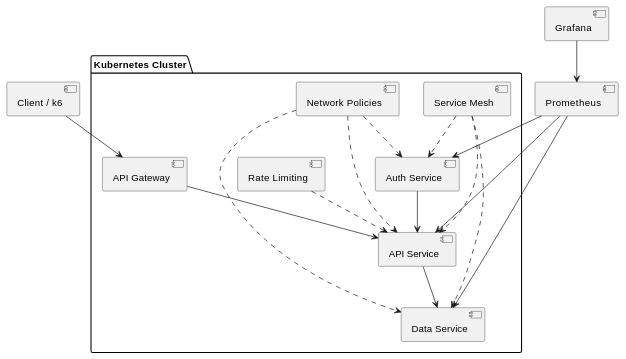
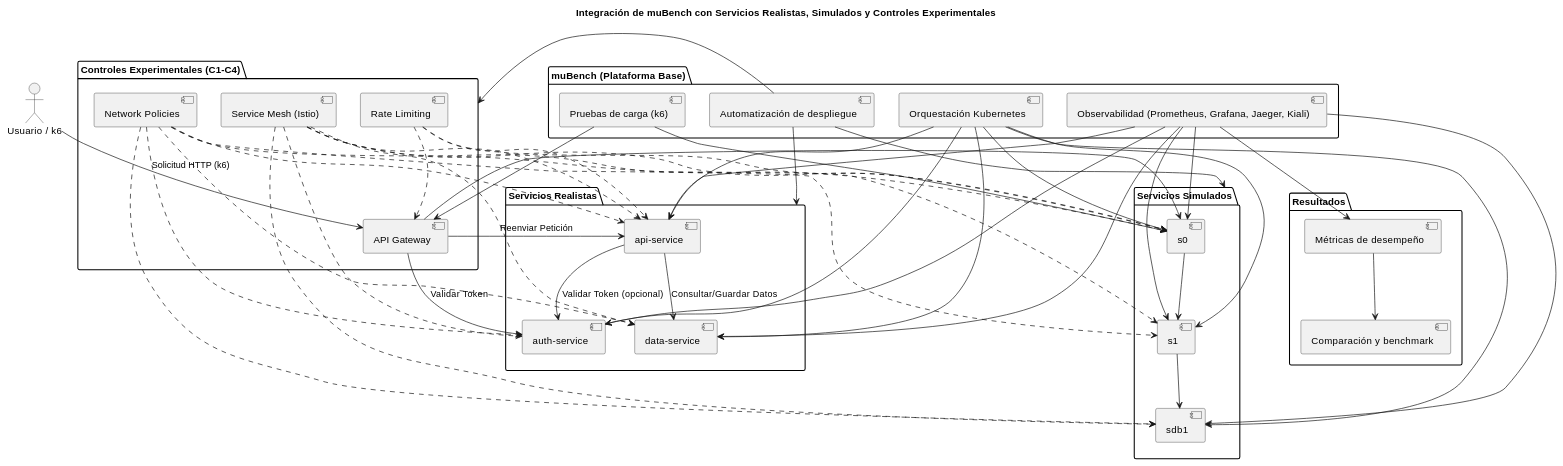
One commit to Dwan13/ProyectoGradoMSDMISC changed the second of 2 diagrams in README.md. Above: the diagram before and after it, drawn with PlantUML. The commit also changed other lines of this file and 158 other files, not shown here.

```diff
--- a/README.md
+++ b/README.md
@@ -214,28 +214,94 @@
 @startuml
-package "Kubernetes Cluster" {
+title Integración de muBench con Servicios Realistas, Simulados y Controles Experimentales
 
-  [API Gateway] --> [API Service]
-  
-  [Auth Service] --> [API Service]
-  [API Service] --> [Data Service]
+actor "Usuario / k6" as User
 
-  [Service Mesh] ..> [Auth Service]
-  [Service Mesh] ..> [API Service]
-  [Service Mesh] ..> [Data Service]
-
-  [Network Policies] ..> [Auth Service]
-  [Network Policies] ..> [API Service]
-  [Network Policies] ..> [Data Service]
-
-  [Rate Limiting] ..> [API Service]
+package "muBench (Plataforma Base)" {
+  [Orquestación Kubernetes]
+  [Automatización de despliegue]
+  [Observabilidad (Prometheus, Grafana, Jaeger, Kiali)]
+  [Pruebas de carga (k6)]
 }
 
-[Client / k6] --> [API Gateway]
+package "Controles Experimentales (C1-C4)" {
+  [API Gateway]
+  [Service Mesh (Istio)]
+  [Network Policies]
+  [Rate Limiting]
+}
 
-[Prometheus] --> [API Service]
-[Prometheus] --> [Auth Service]
-[Prometheus] --> [Data Service]
+package "Servicios Simulados" {
+  [s0]
+  [s1]
+  [sdb1]
+}
 
-[Grafana] --> [Prometheus]
+package "Servicios Realistas" {
+  [auth-service]
+  [api-service]
+  [data-service]
+}
+
+package "Resultados" {
+  [Métricas de desempeño]
+  [Comparación y benchmark]
+}
+
+' Flujo de usuario y pruebas de carga
+User --> [API Gateway] : Solicitud HTTP (k6)
+[API Gateway] --> [auth-service] : Validar Token
+[API Gateway] --> [api-service] : Reenviar Petición
+[api-service] --> [auth-service] : Validar Token (opcional)
+[api-service] --> [data-service] : Consultar/Guardar Datos
+
+' Servicios simulados (pueden ser llamados por el gateway o directamente)
+[API Gateway] --> [s0]
+[s0] --> [s1]
+[s1] --> [sdb1]
+
+' Controles experimentales aplicados
+[Service Mesh (Istio)] ..> [auth-service]
+[Service Mesh (Istio)] ..> [api-service]
+[Service Mesh (Istio)] ..> [data-service]
+[Service Mesh (Istio)] ..> [s0]
+[Service Mesh (Istio)] ..> [s1]
+[Service Mesh (Istio)] ..> [sdb1]
+
+[Rate Limiting] ..> [API Gateway]
+[Rate Limiting] ..> [api-service]
+[Rate Limiting] ..> [s0]
+
+[Network Policies] ..> [auth-service]
+[Network Policies] ..> [api-service]
+[Network Policies] ..> [data-service]
+[Network Policies] ..> [s0]
+[Network Policies] ..> [s1]
+[Network Policies] ..> [sdb1]
+
+' Orquestación y automatización
+[Orquestación Kubernetes] --> [auth-service]
+[Orquestación Kubernetes] --> [api-service]
+[Orquestación Kubernetes] --> [data-service]
+[Orquestación Kubernetes] --> [s0]
+[Orquestación Kubernetes] --> [s1]
+[Orquestación Kubernetes] --> [sdb1]
+
+[Automatización de despliegue] --> [Servicios Simulados]
+[Automatización de despliegue] --> [Servicios Realistas]
+[Automatización de despliegue] --> [Controles Experimentales (C1-C4)]
+
+' Observabilidad y resultados
+[Observabilidad (Prometheus, Grafana, Jaeger, Kiali)] --> [auth-service]
+[Observabilidad (Prometheus, Grafana, Jaeger, Kiali)] --> [api-service]
+[Observabilidad (Prometheus, Grafana, Jaeger, Kiali)] --> [data-service]
+[Observabilidad (Prometheus, Grafana, Jaeger, Kiali)] --> [s0]
+[Observabilidad (Prometheus, Grafana, Jaeger, Kiali)] --> [s1]
+[Observabilidad (Prometheus, Grafana, Jaeger, Kiali)] --> [sdb1]
+[Observabilidad (Prometheus, Grafana, Jaeger, Kiali)] --> [Métricas de desempeño]
+
+[Pruebas de carga (k6)] --> [API Gateway]
+[Pruebas de carga (k6)] --> [s0]
+
+[Métricas de desempeño] --> [Comparación y benchmark]
 
 @enduml
```
